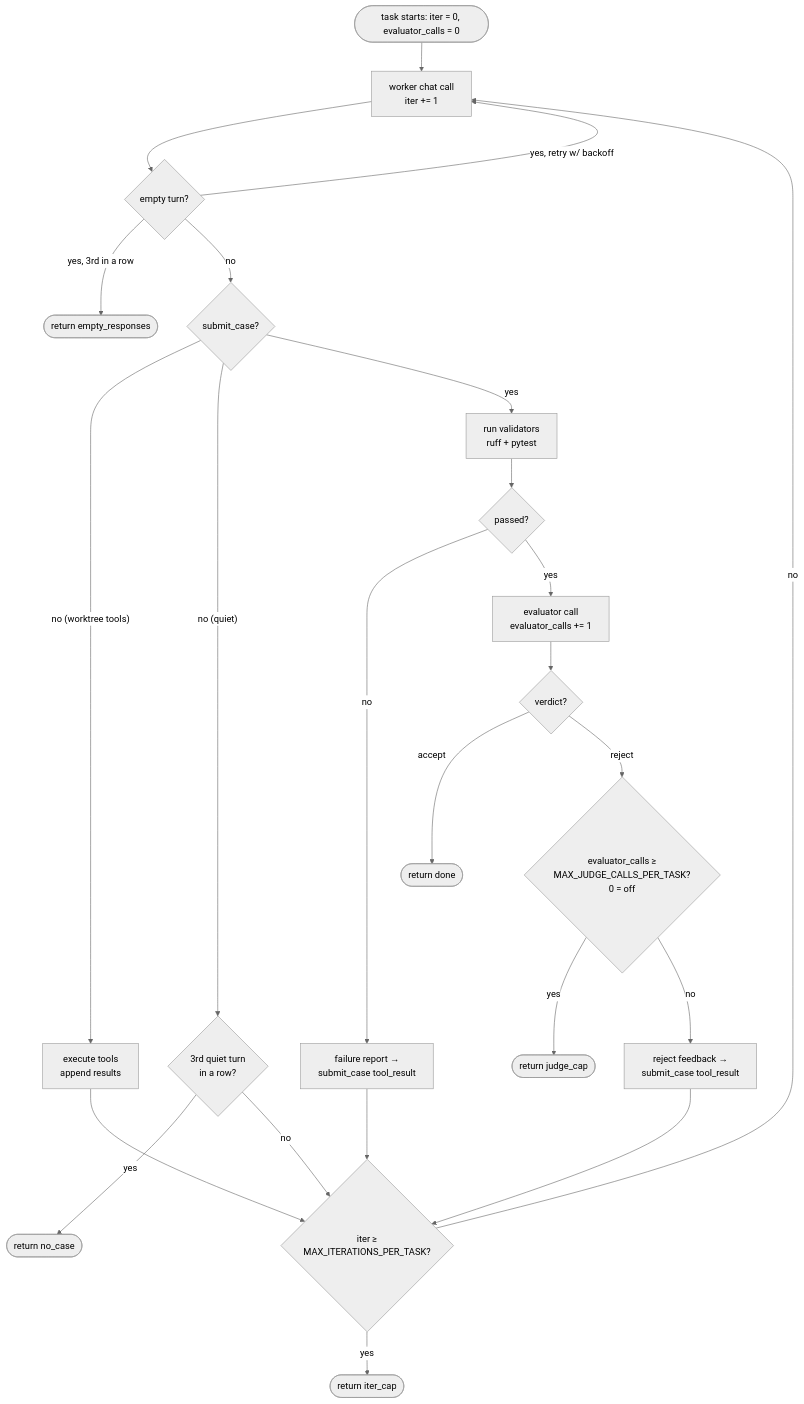
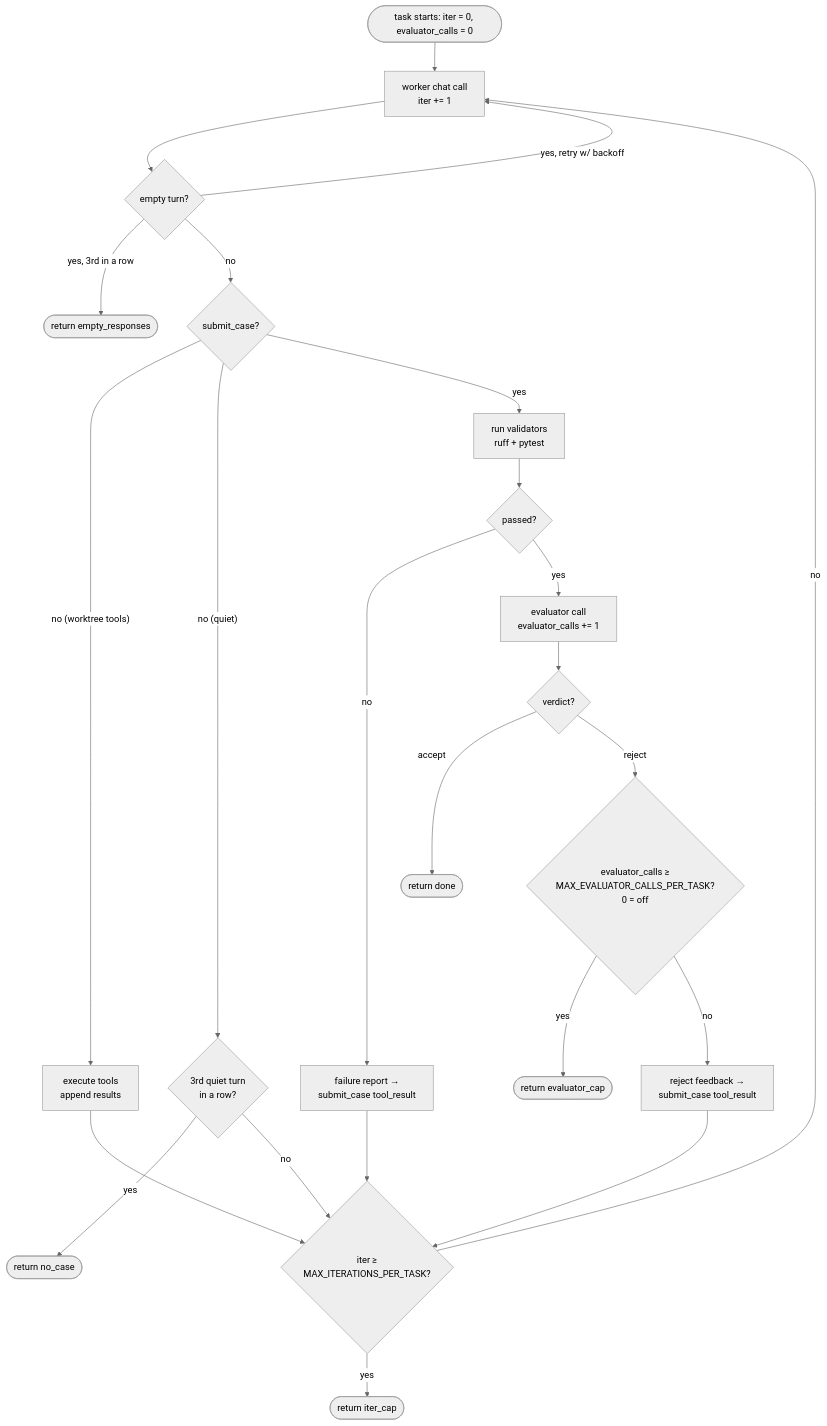
The diagram in docs/deep-dives/two-loops.md (AlteredCraft/tilth), drawn with Mermaid (neutral theme) before and after one commit. The commit also changed other lines of this file and 45 other files, not shown here.

Commit message:
rename judge -> evaluator (docs and code)

````diff
--- a/docs/deep-dives/two-loops.md
+++ b/docs/deep-dives/two-loops.md
@@ -72,26 +72,26 @@
 ```mermaid
 flowchart TD
   start([task starts: iter = 0, evaluator_calls = 0]) --> chat[worker chat call<br/>iter += 1]
   chat --> empty{empty turn?}
   empty -- yes, 3rd in a row --> efail([return empty_responses])
   empty -- yes, retry w/ backoff --> chat
   empty -- no --> kind{submit_case?}
   kind -- "no (worktree tools)" --> exec[execute tools<br/>append results]
   exec --> capcheck
   kind -- "no (quiet)" --> nudge{3rd quiet turn<br/>in a row?}
   nudge -- yes --> nofail([return no_case])
   nudge -- no --> capcheck
   kind -- yes --> validators[run validators<br/>ruff + pytest]
   validators --> vpass{passed?}
   vpass -- no --> vfb[failure report →<br/>submit_case tool_result]
   vfb --> capcheck
   vpass -- yes --> evaluator[evaluator call<br/>evaluator_calls += 1]
   evaluator --> verdict{verdict?}
   verdict -- accept --> done([return done])
-  verdict -- reject --> jcap{evaluator_calls ≥<br/>MAX_JUDGE_CALLS_PER_TASK?<br/>0 = off}
-  jcap -- yes --> jfail([return judge_cap])
+  verdict -- reject --> jcap{evaluator_calls ≥<br/>MAX_EVALUATOR_CALLS_PER_TASK?<br/>0 = off}
+  jcap -- yes --> jfail([return evaluator_cap])
   jcap -- no --> jfb[reject feedback →<br/>submit_case tool_result]
   jfb --> capcheck{iter ≥<br/>MAX_ITERATIONS_PER_TASK?}
   capcheck -- no --> chat
   capcheck -- yes --> ifail([return iter_cap])
 ```
````
